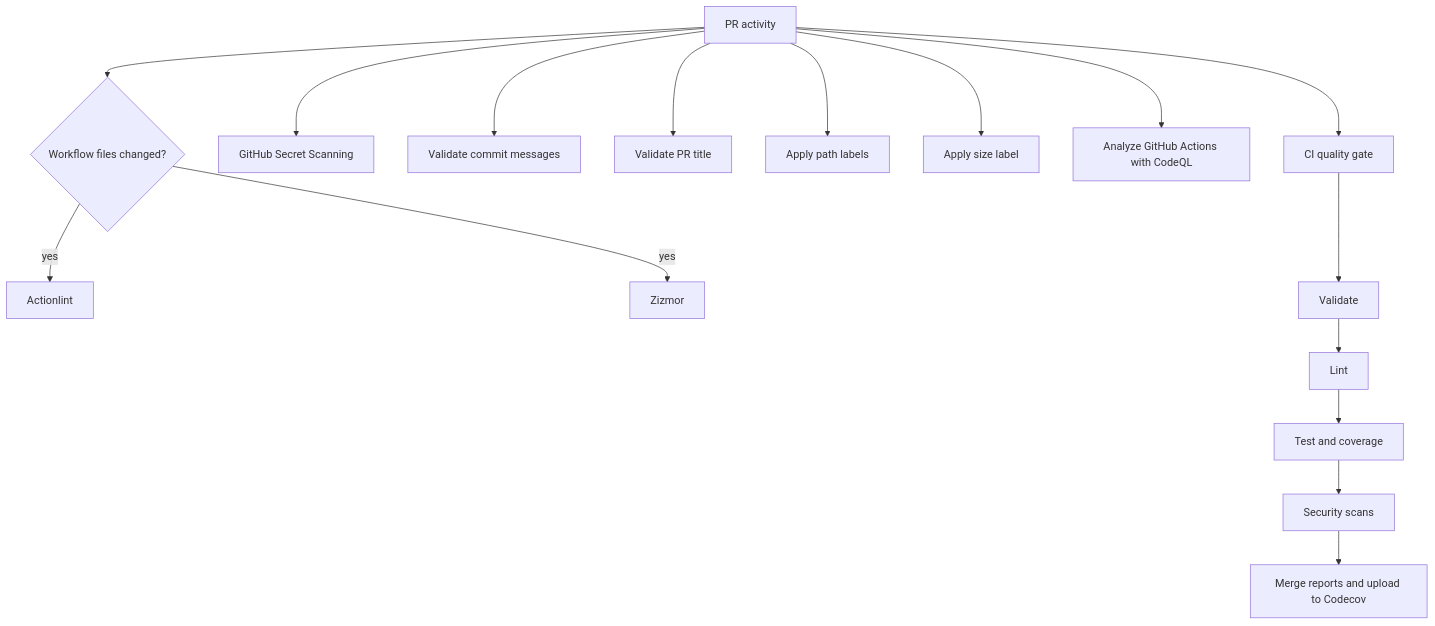
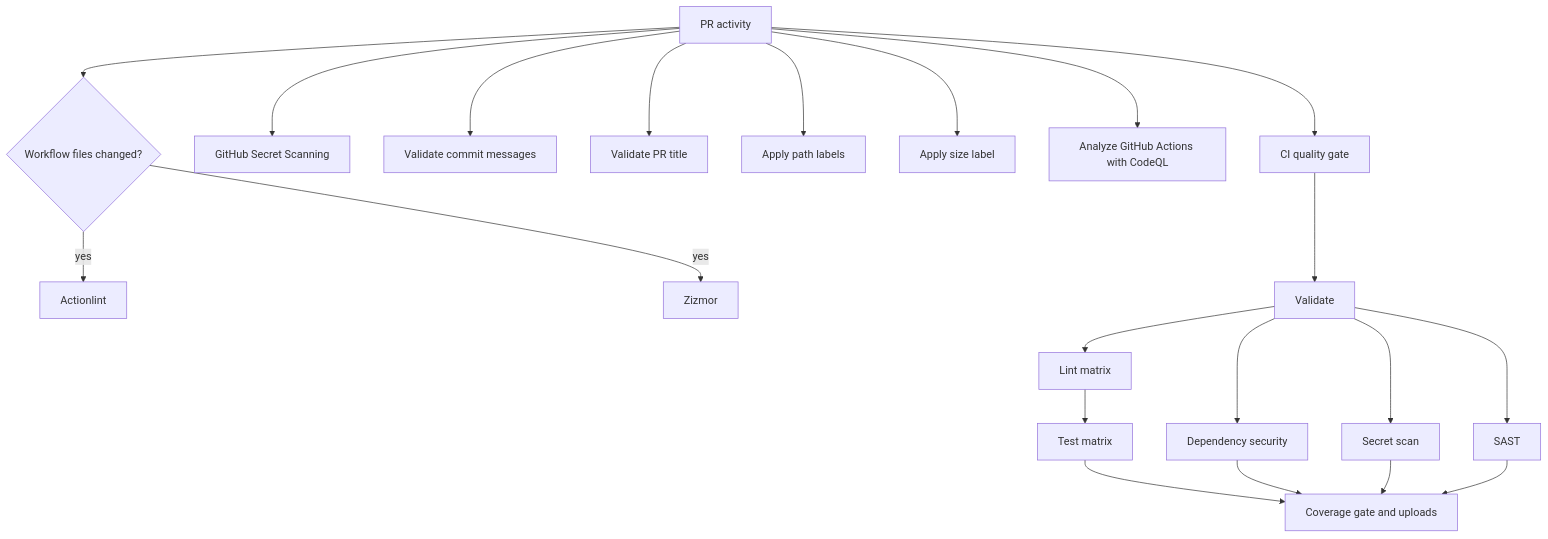
One commit to jooservices/dto changed the second of 5 diagrams in WORKFLOWS.md. Above: the diagram before and after it, drawn with Mermaid. The commit also changed other lines of this file and 1 other file, not shown here.

Commit message:
ci: Parallelize quality and security checks

````diff
--- a/WORKFLOWS.md
+++ b/WORKFLOWS.md
@@ -46,19 +46,24 @@
 ```mermaid
 flowchart TD
     PR[PR activity] --> CI[CI quality gate]
     PR --> Native[GitHub Secret Scanning]
     PR --> CL[Validate commit messages]
     PR --> SPT[Validate PR title]
     PR --> PL[Apply path labels]
     PR --> PSL[Apply size label]
     PR --> CQL[Analyze GitHub Actions with CodeQL]
     PR --> WA{Workflow files changed?}
     WA -->|yes| AL[Actionlint]
     WA -->|yes| ZM[Zizmor]
 
     CI --> V[Validate]
-    V --> L[Lint]
-    L --> T[Test and coverage]
-    T --> S[Security scans]
-    S --> CU[Merge reports and upload to Codecov]
+    V --> L[Lint matrix]
+    L --> T[Test matrix]
+    V --> DS[Dependency security]
+    V --> SS[Secret scan]
+    V --> SA[SAST]
+    T --> CU[Coverage gate and uploads]
+    DS --> CU
+    SS --> CU
+    SA --> CU
 ```
````
